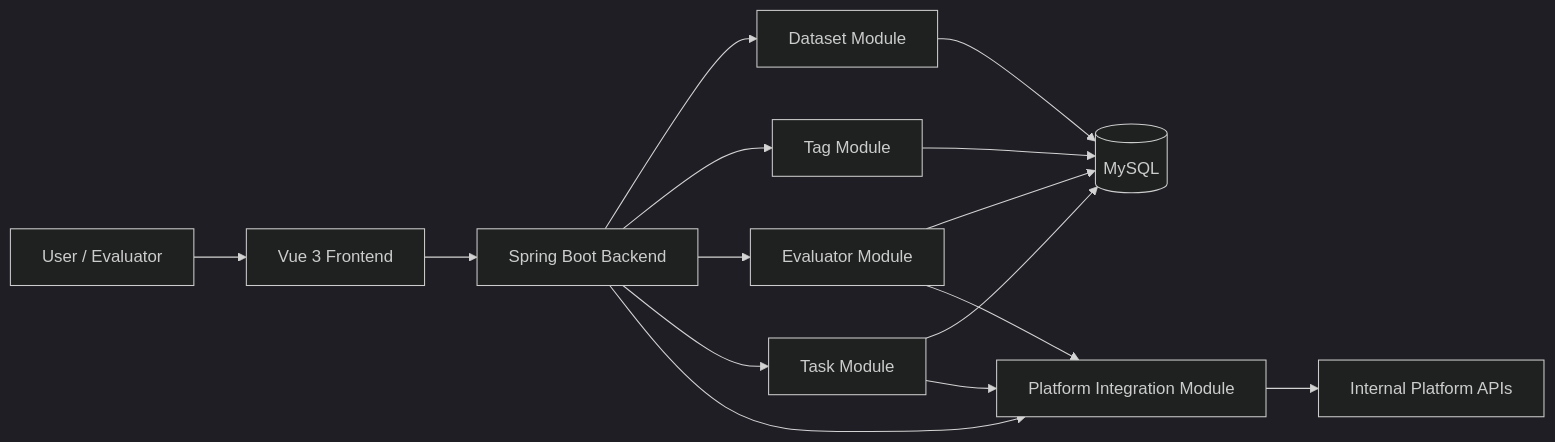
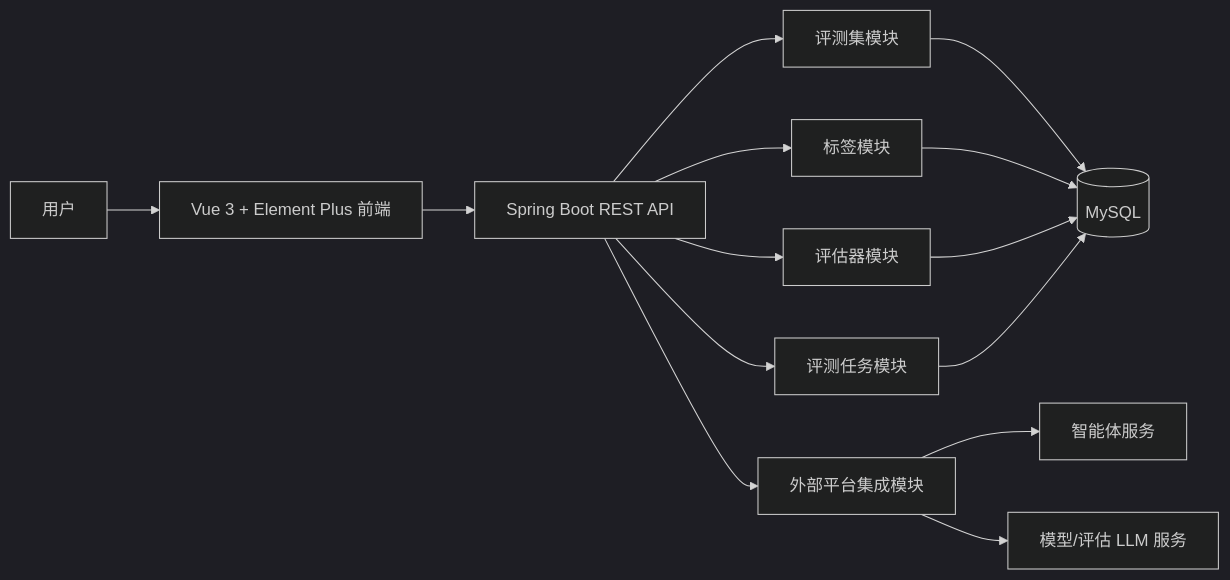
One commit to zhanli567/eval_system changed the first of 2 diagrams in README.md. Above: the diagram before and after it, drawn with Mermaid (dark theme). The commit also changed other lines of this file and 49 other files, not shown here.

````diff
--- a/README.md
+++ b/README.md
@@ -57,20 +69,16 @@
 ```mermaid
 flowchart LR
-  User["User / Evaluator"] --> Frontend["Vue 3 Frontend"]
-  Frontend --> Backend["Spring Boot Backend"]
-
-  Backend --> Dataset["Dataset Module"]
-  Backend --> Tag["Tag Module"]
-  Backend --> Evaluator["Evaluator Module"]
-  Backend --> Task["Task Module"]
-  Backend --> Integration["Platform Integration Module"]
-
+  User["用户"] --> Frontend["Vue 3 + Element Plus 前端"]
+  Frontend --> API["Spring Boot REST API"]
+  API --> Dataset["评测集模块"]
+  API --> Tag["标签模块"]
+  API --> Evaluator["评估器模块"]
+  API --> Task["评测任务模块"]
+  API --> Integration["外部平台集成模块"]
   Dataset --> MySQL[("MySQL")]
   Tag --> MySQL
   Evaluator --> MySQL
   Task --> MySQL
-
-  Evaluator --> Integration
-  Task --> Integration
-  Integration --> Platform["Internal Platform APIs"]
+  Integration --> Agent["智能体服务"]
+  Integration --> LLM["模型/评估 LLM 服务"]
 ```
````
